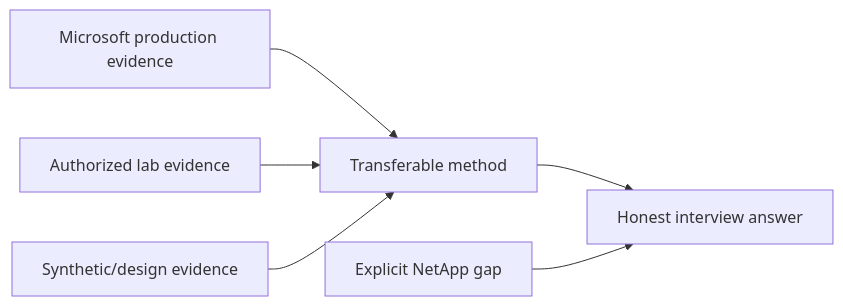
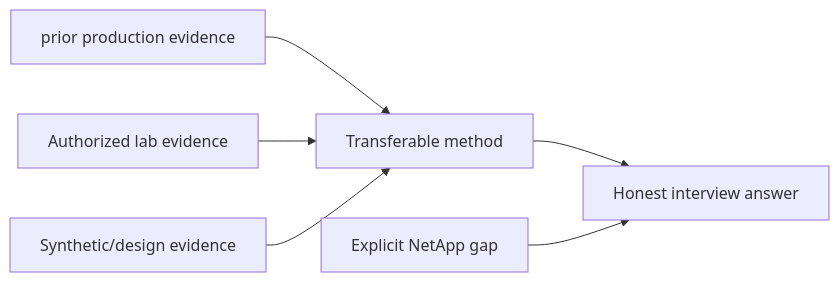
Before and after one commit to hichauhan-in/Interview-Prep: diagram 19 of 25 in NetApp TAM/prep/Part-82-safe-netapp-practice-environment.md, drawn with Mermaid. The commit also changed other lines of this file and 493 other files, not shown here.

````diff
--- a/NetApp TAM/prep/Part-82-safe-netapp-practice-environment.md
+++ b/NetApp TAM/prep/Part-82-safe-netapp-practice-environment.md
@@ -393,8 +393,8 @@
 ```mermaid
 flowchart LR
-    FACT[Microsoft production evidence] --> TRANSFER[Transferable method]
+    FACT[prior production evidence] --> TRANSFER[Transferable method]
     LAB[Authorized lab evidence] --> TRANSFER
     SYN[Synthetic/design evidence] --> TRANSFER
     TRANSFER --> ANSWER[Honest interview answer]
     GAP[Explicit NetApp gap] --> ANSWER
 ```
````
